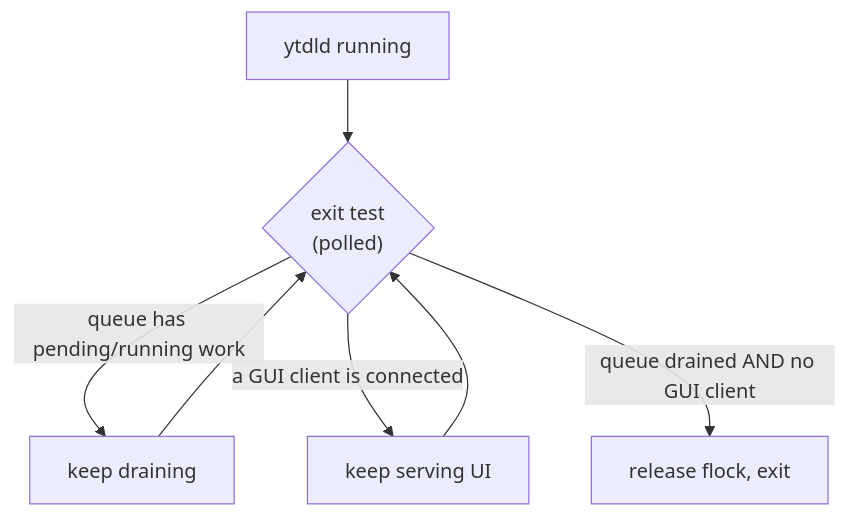
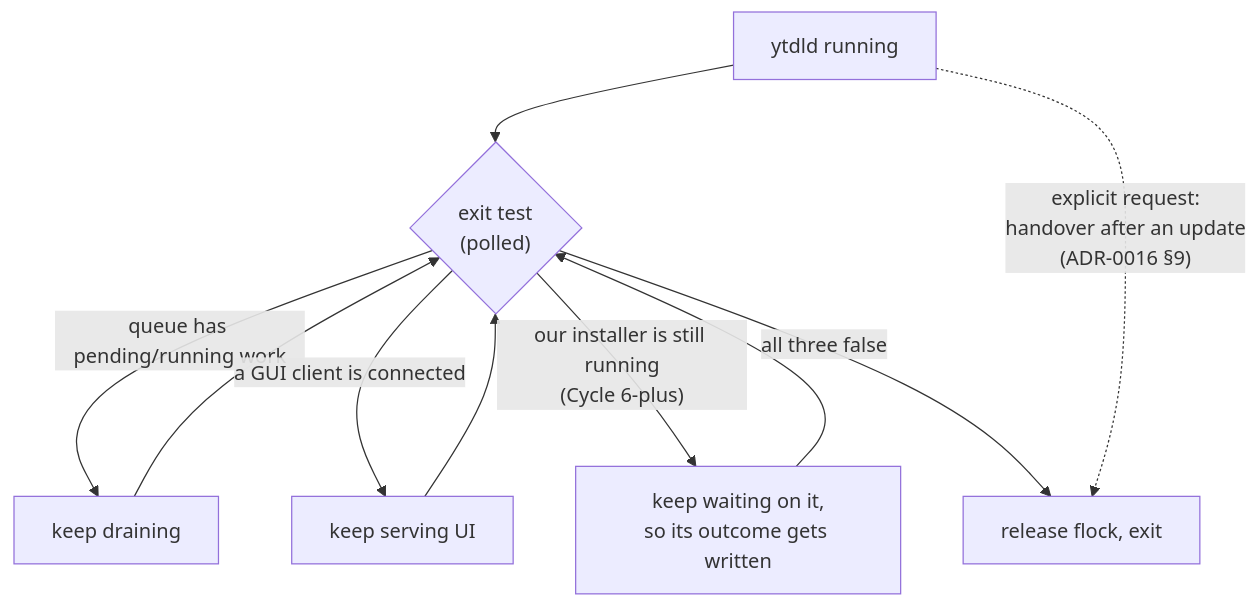
Before and after one commit to alergyonthestage/ytdl: the diagram in docs/decisions/0008-daemon-lifecycle.md, drawn with Mermaid. The commit also changed other lines of this file and 3 other files, not shown here.

````diff
--- a/docs/decisions/0008-daemon-lifecycle.md
+++ b/docs/decisions/0008-daemon-lifecycle.md
@@ -61,7 +72,9 @@
 ```mermaid
 flowchart TD
     START["ytdld running"] --> CHECK{"exit test<br/>(polled)"}
     CHECK -->|"queue has pending/running work"| DRAIN["keep draining"] --> CHECK
     CHECK -->|"a GUI client is connected"| SERVE["keep serving UI"] --> CHECK
-    CHECK -->|"queue drained AND no GUI client"| EXIT["release flock, exit"]
+    CHECK -->|"our installer is still running<br/>(Cycle 6-plus)"| WAIT["keep waiting on it,<br/>so its outcome gets written"] --> CHECK
+    CHECK -->|"all three false"| EXIT["release flock, exit"]
+    START -.->|"explicit request:<br/>handover after an update<br/>(ADR-0016 §9)"| EXIT
 ```
````
